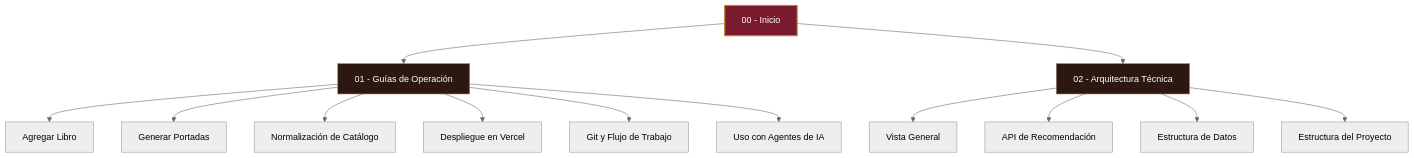
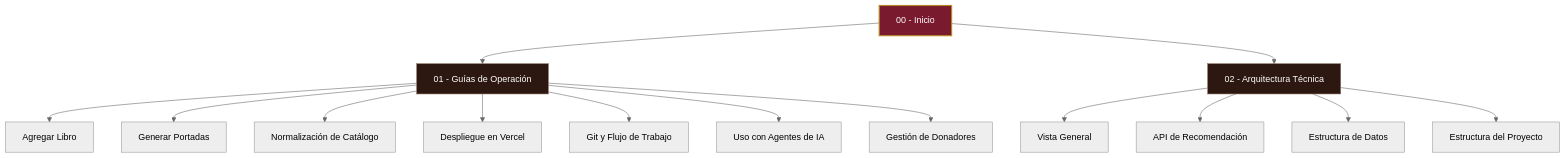
Before and after one commit to libros-en-accion/biblioteca-digital: the diagram in boveda/00 - Inicio.md, drawn with Mermaid (neutral theme). The commit also changed other lines of this file and 5 other files, not shown here.

Commit message:
docs: actualizar bóveda de Obsidian con la arquitectura del lector PDF, Cloudflare R2 y gestión de donadores

````diff
--- a/boveda/00 - Inicio.md
+++ b/boveda/00 - Inicio.md
@@ -16,21 +16,22 @@
 ```mermaid
 graph TD
     Inicio[00 - Inicio] --> Guias[01 - Guías de Operación]
     Inicio --> Arq[02 - Arquitectura Técnica]
 
     Guias --> G1[Agregar Libro]
     Guias --> G2[Generar Portadas]
     Guias --> G3[Normalización de Catálogo]
     Guias --> G4[Despliegue en Vercel]
     Guias --> G5[Git y Flujo de Trabajo]
     Guias --> G6[Uso con Agentes de IA]
+    Guias --> G7[Gestión de Donadores]
 
     Arq --> A1[Vista General]
     Arq --> A2[API de Recomendación]
     Arq --> A3[Estructura de Datos]
     Arq --> A4[Estructura del Proyecto]
     
     style Inicio fill:#7a1a2e,stroke:#b8892a,stroke-width:2px,color:#fff
     style Guias fill:#2c1810,stroke:#8a7060,color:#fff
     style Arq fill:#2c1810,stroke:#8a7060,color:#fff
 ```
````
